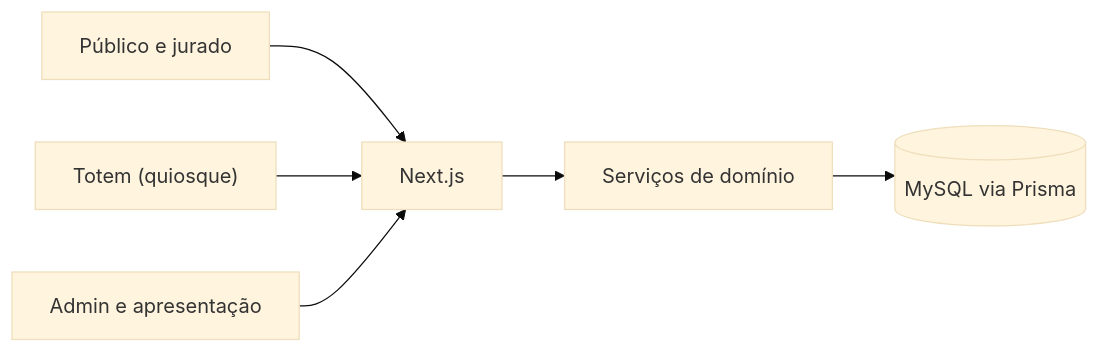
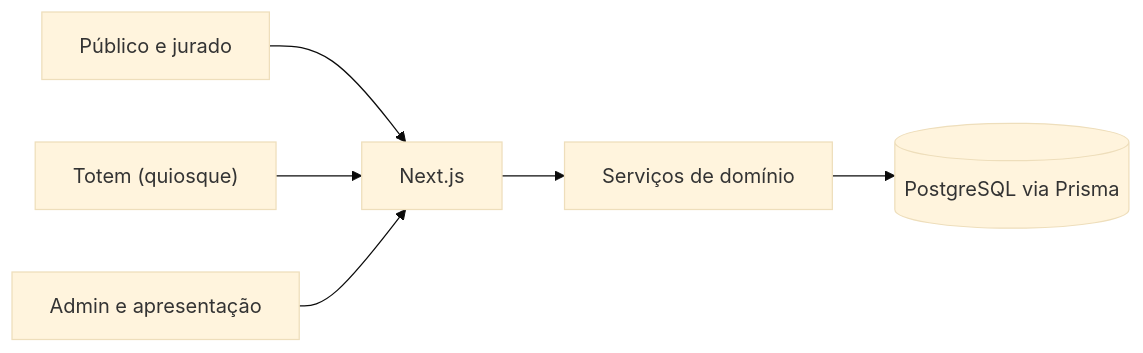
The diagram in README.md (renanfelliphe2/vaivota-copy), drawn with Mermaid (base theme) before and after one commit. The commit also changed other lines of this file and 7 other files, not shown here.

````diff
--- a/README.md
+++ b/README.md
@@ -178,8 +217,8 @@
 ```mermaid
 flowchart LR
   P["Público e jurado"] --> A["Next.js"]
   T["Totem (quiosque)"] --> A
   AD["Admin e apresentação"] --> A
   A --> S["Serviços de domínio"]
-  S --> DB[("MySQL via Prisma")]
+  S --> DB[("PostgreSQL via Prisma")]
 ```
````
